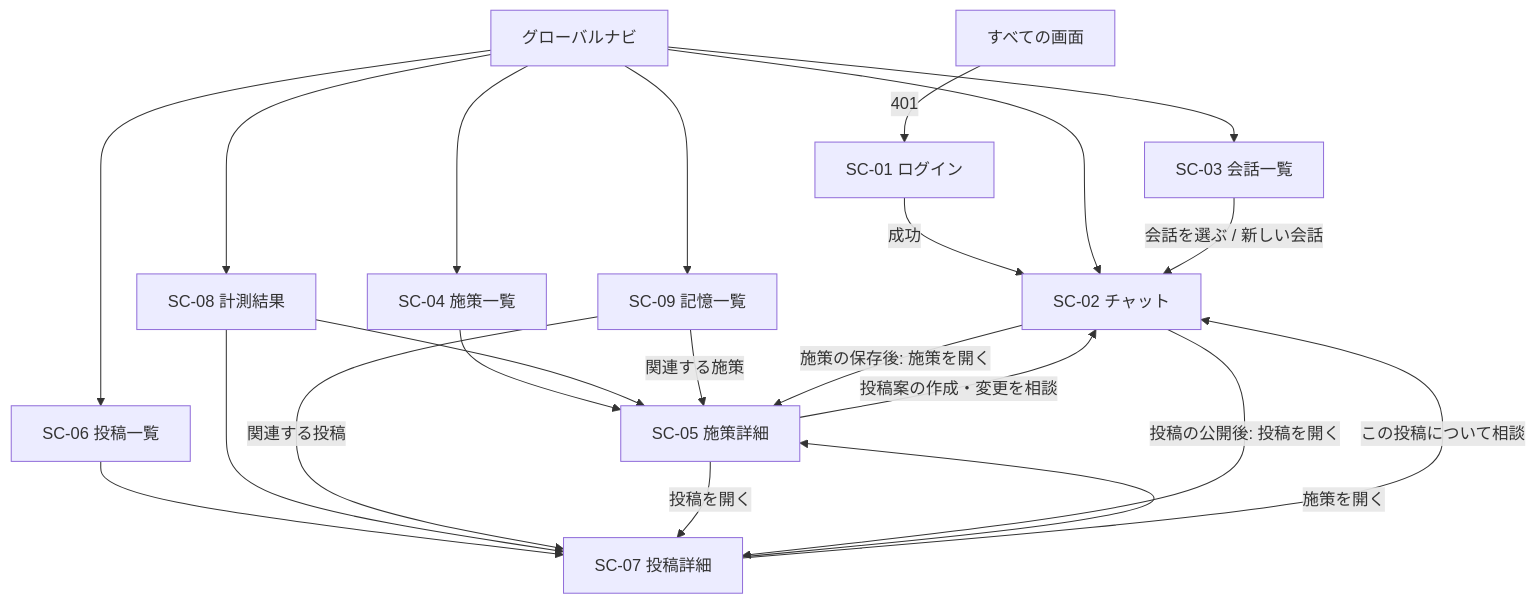
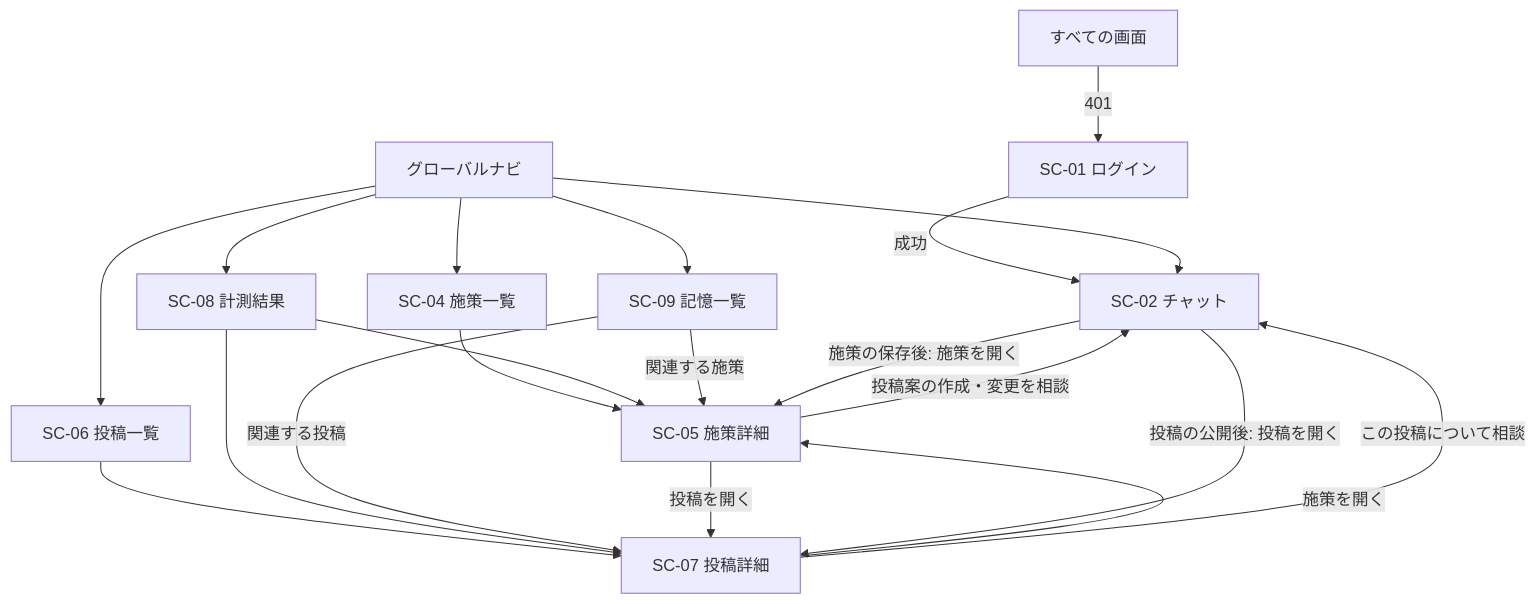
Before and after one commit to nishimura-yuma77/hiromeru: the diagram in docs/v.0.1/SCREEN_DESIGN.md, drawn with Mermaid. The commit also changed other lines of this file and 5 other files, not shown here.

````diff
--- a/docs/v.0.1/SCREEN_DESIGN.md
+++ b/docs/v.0.1/SCREEN_DESIGN.md
@@ -64,27 +65,25 @@
 ```mermaid
 flowchart TD
     LOGIN[SC-01 ログイン] -- 成功 --> CHAT[SC-02 チャット]
     NAV[グローバルナビ] --> CHAT
-    NAV --> SESSIONS[SC-03 会話一覧]
     NAV --> CAMPAIGNS[SC-04 施策一覧]
     NAV --> POSTS[SC-06 投稿一覧]
     NAV --> METRICS[SC-08 計測結果]
     NAV --> MEMORIES[SC-09 記憶一覧]
 
-    SESSIONS -- 会話を選ぶ / 新しい会話 --> CHAT
     CAMPAIGNS --> CAMPAIGN[SC-05 施策詳細]
     POSTS --> POST[SC-07 投稿詳細]
     METRICS --> CAMPAIGN
     METRICS --> POST
     MEMORIES -- 関連する施策 --> CAMPAIGN
     MEMORIES -- 関連する投稿 --> POST
 
     CAMPAIGN -- 投稿を開く --> POST
     POST -- 施策を開く --> CAMPAIGN
     CAMPAIGN -- 投稿案の作成・変更を相談 --> CHAT
     POST -- この投稿について相談 --> CHAT
     CHAT -- 施策の保存後: 施策を開く --> CAMPAIGN
     CHAT -- 投稿の公開後: 投稿を開く --> POST
 
     ANY[すべての画面] -- 401 --> LOGIN
 ```
````
